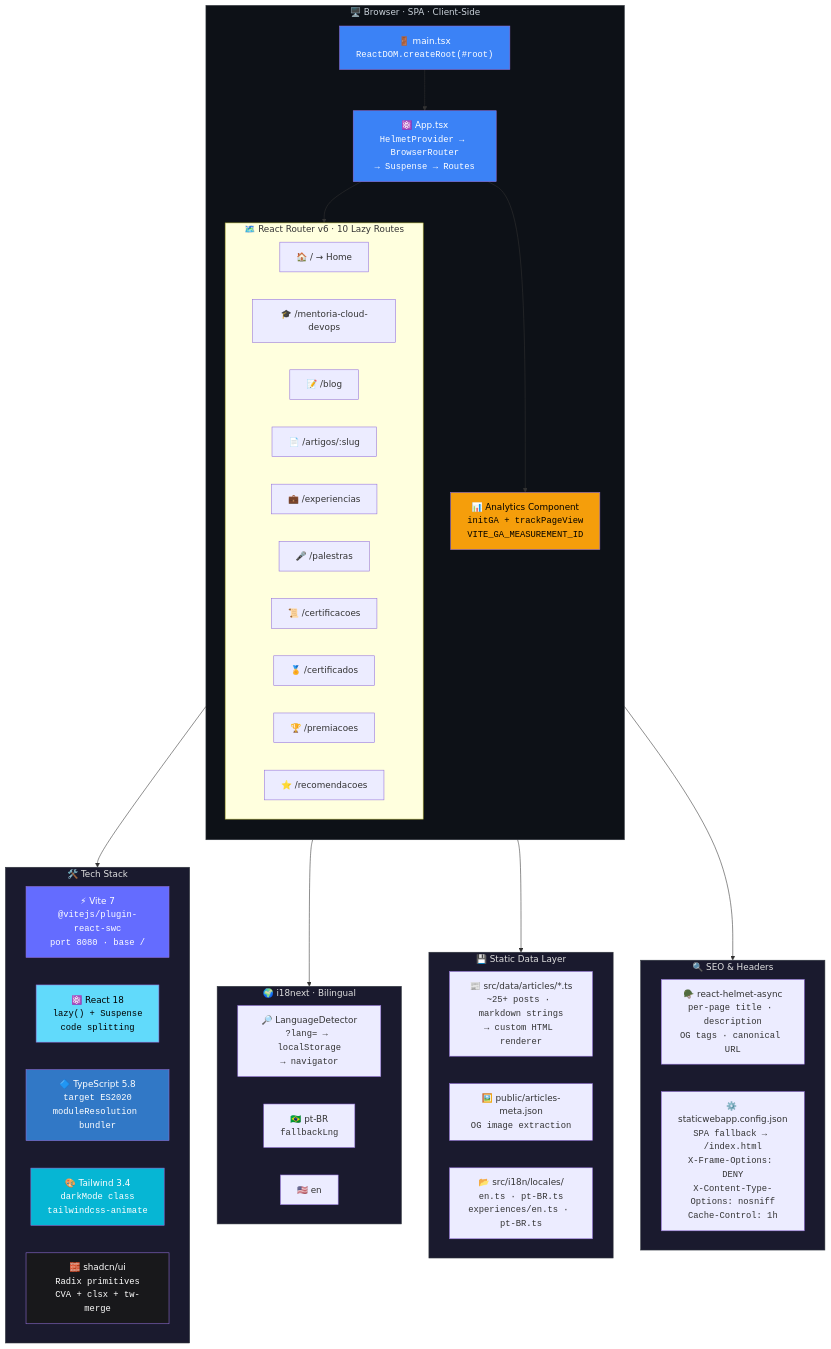
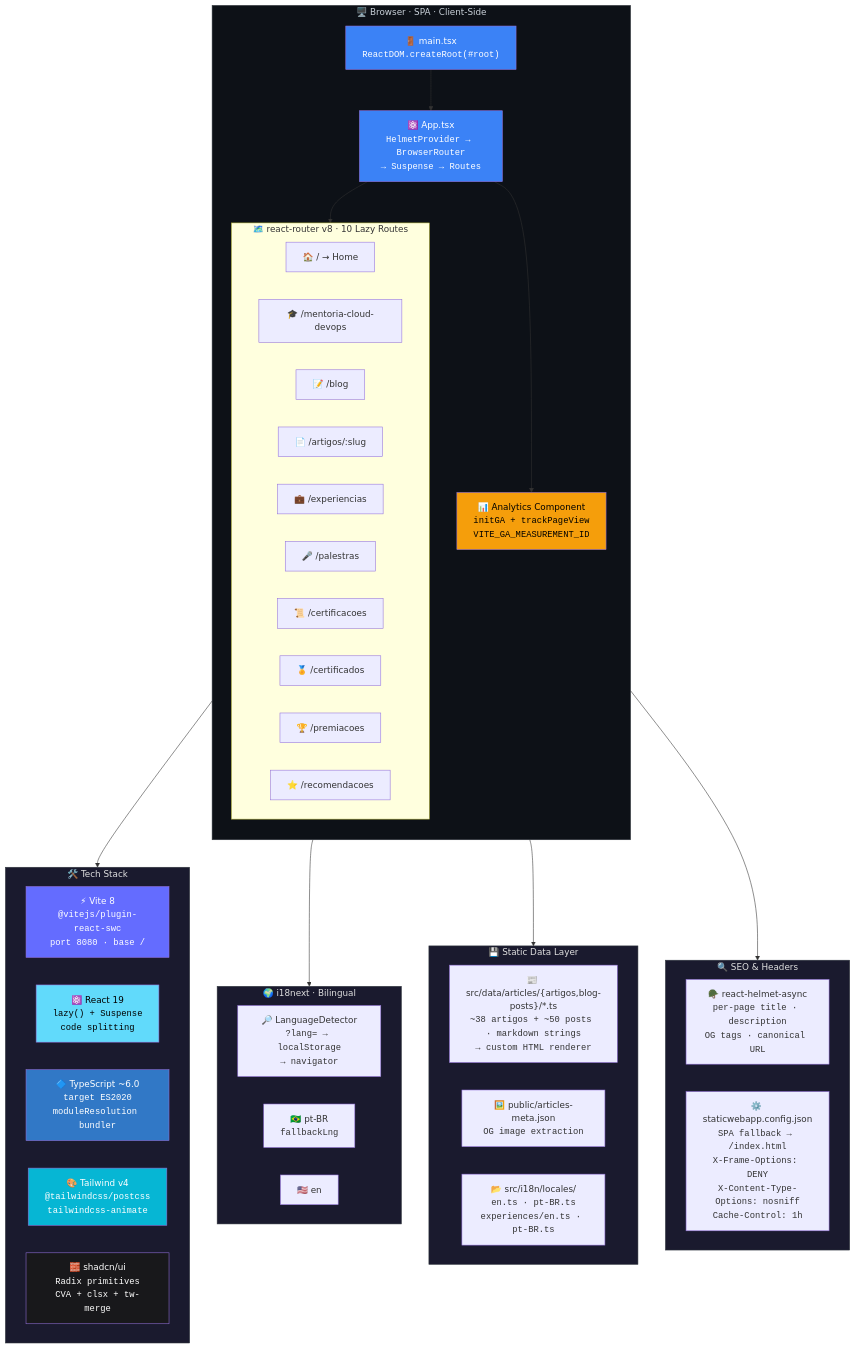
The third of 5 diagrams in README.md (orafaelferreiraa/orafaelferreira-com), drawn with Mermaid before and after one commit. The commit also changed other lines of this file and 16 other files, not shown here.

````diff
--- a/README.md
+++ b/README.md
@@ -323,74 +394,74 @@
 ```mermaid
 flowchart TB
     subgraph client["🖥️ Browser · SPA · Client-Side"]
         direction TB
         entry["🚪 main.tsx<br/><code>ReactDOM.createRoot(#root)</code>"]
         entry --> app["⚛️ App.tsx<br/><code>HelmetProvider → BrowserRouter<br/>→ Suspense → Routes</code>"]
         
         app --> analytics_comp["📊 Analytics Component<br/><code>initGA + trackPageView<br/>VITE_GA_MEASUREMENT_ID</code>"]
         
         app --> routes
 
-        subgraph routes["🗺️ React Router v6 · 10 Lazy Routes"]
+        subgraph routes["🗺️ react-router v8 · 10 Lazy Routes"]
             direction LR
             r1["🏠 / → Home"]
             r2["🎓 /mentoria-cloud-devops"]
             r3["📝 /blog"]
             r4["📄 /artigos/:slug"]
             r5["💼 /experiencias"]
             r6["🎤 /palestras"]
             r7["📜 /certificacoes"]
             r8["🏅 /certificados"]
             r9["🏆 /premiacoes"]
             r10["⭐ /recomendacoes"]
         end
     end
 
     subgraph stack["🛠️ Tech Stack"]
         direction LR
-        vite["⚡ Vite 7<br/><code>@vitejs/plugin-react-swc<br/>port 8080 · base /</code>"]
-        react["⚛️ React 18<br/><code>lazy() + Suspense<br/>code splitting</code>"]
-        ts["🔷 TypeScript 5.8<br/><code>target ES2020<br/>moduleResolution bundler</code>"]
-        tw["🎨 Tailwind 3.4<br/><code>darkMode class<br/>tailwindcss-animate</code>"]
+        vite["⚡ Vite 8<br/><code>@vitejs/plugin-react-swc<br/>port 8080 · base /</code>"]
+        react["⚛️ React 19<br/><code>lazy() + Suspense<br/>code splitting</code>"]
+        ts["🔷 TypeScript ~6.0<br/><code>target ES2020<br/>moduleResolution bundler</code>"]
+        tw["🎨 Tailwind v4<br/><code>@tailwindcss/postcss<br/>tailwindcss-animate</code>"]
         shadcn["🧱 shadcn/ui<br/><code>Radix primitives<br/>CVA + clsx + tw-merge</code>"]
     end
 
     subgraph i18n["🌍 i18next · Bilingual"]
         direction LR
         detector["🔎 LanguageDetector<br/><code>?lang= → localStorage<br/>→ navigator</code>"]
         ptbr["🇧🇷 pt-BR<br/><code>fallbackLng</code>"]
         en["🇺🇸 en"]
     end
 
     subgraph data["💾 Static Data Layer"]
         direction LR
-        articles["📰 src/data/articles/*.ts<br/><code>~25+ posts · markdown strings<br/>→ custom HTML renderer</code>"]
+        articles["📰 src/data/articles/{artigos,blog-posts}/*.ts<br/><code>~38 artigos + ~50 posts · markdown strings<br/>→ custom HTML renderer</code>"]
         meta["🖼️ public/articles-meta.json<br/><code>OG image extraction</code>"]
         i18n_files["📂 src/i18n/locales/<br/><code>en.ts · pt-BR.ts<br/>experiences/en.ts · pt-BR.ts</code>"]
     end
 
     subgraph seo["🔍 SEO & Headers"]
         direction LR
         helmet["🪖 react-helmet-async<br/><code>per-page title · description<br/>OG tags · canonical URL</code>"]
         swa_config["⚙️ staticwebapp.config.json<br/><code>SPA fallback → /index.html<br/>X-Frame-Options: DENY<br/>X-Content-Type-Options: nosniff<br/>Cache-Control: 1h</code>"]
     end
 
     client --> stack
     client --> i18n
     client --> data
     client --> seo
 
     style client fill:#0d1117,color:#c9d1d9,stroke:#30363d
     style stack fill:#1a1a2e,color:#e0e0e0,stroke:#30363d
     style i18n fill:#1a1a2e,color:#e0e0e0,stroke:#30363d
     style data fill:#1a1a2e,color:#e0e0e0,stroke:#30363d
     style seo fill:#1a1a2e,color:#e0e0e0,stroke:#30363d
     style entry fill:#3b82f6,color:#fff
     style app fill:#3b82f6,color:#fff
     style analytics_comp fill:#f59e0b,color:#000
     style vite fill:#646cff,color:#fff
     style react fill:#61dafb,color:#000
     style ts fill:#3178c6,color:#fff
     style tw fill:#06b6d4,color:#fff
     style shadcn fill:#18181b,color:#fff
 ```
````
